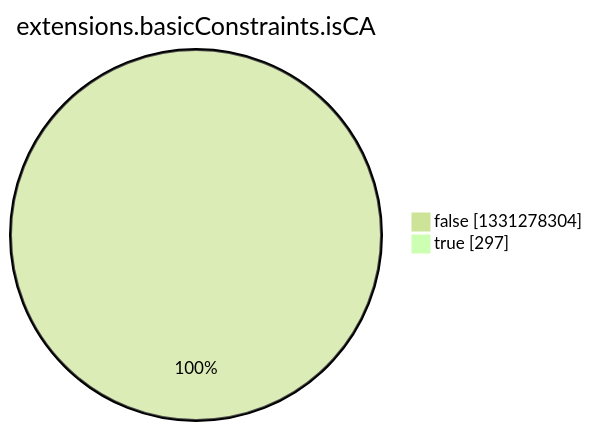
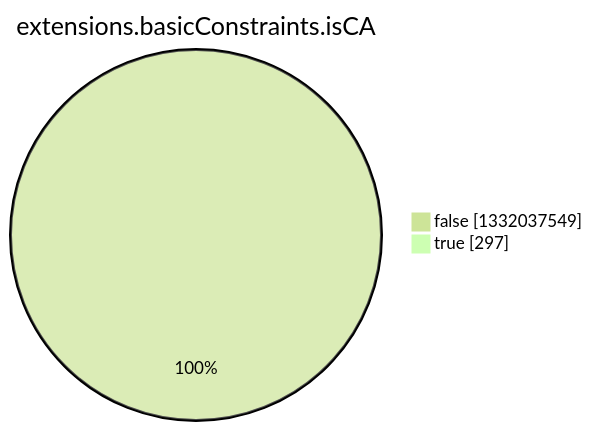
One commit to christiankrug/ctmonitor_visualization changed the eighth of 15 diagrams in argon2022/README.md. Above: the diagram before and after it, drawn with Mermaid (forest theme). The commit also changed other lines of this file, not shown here.

````diff
--- a/argon2022/README.md
+++ b/argon2022/README.md
@@ -2758,6 +2758,6 @@
 ```mermaid
 pie showData
 title extensions.basicConstraints.isCA
-"false" :1331278304
+"false" :1332037549
 "true" :297
 ```
````
